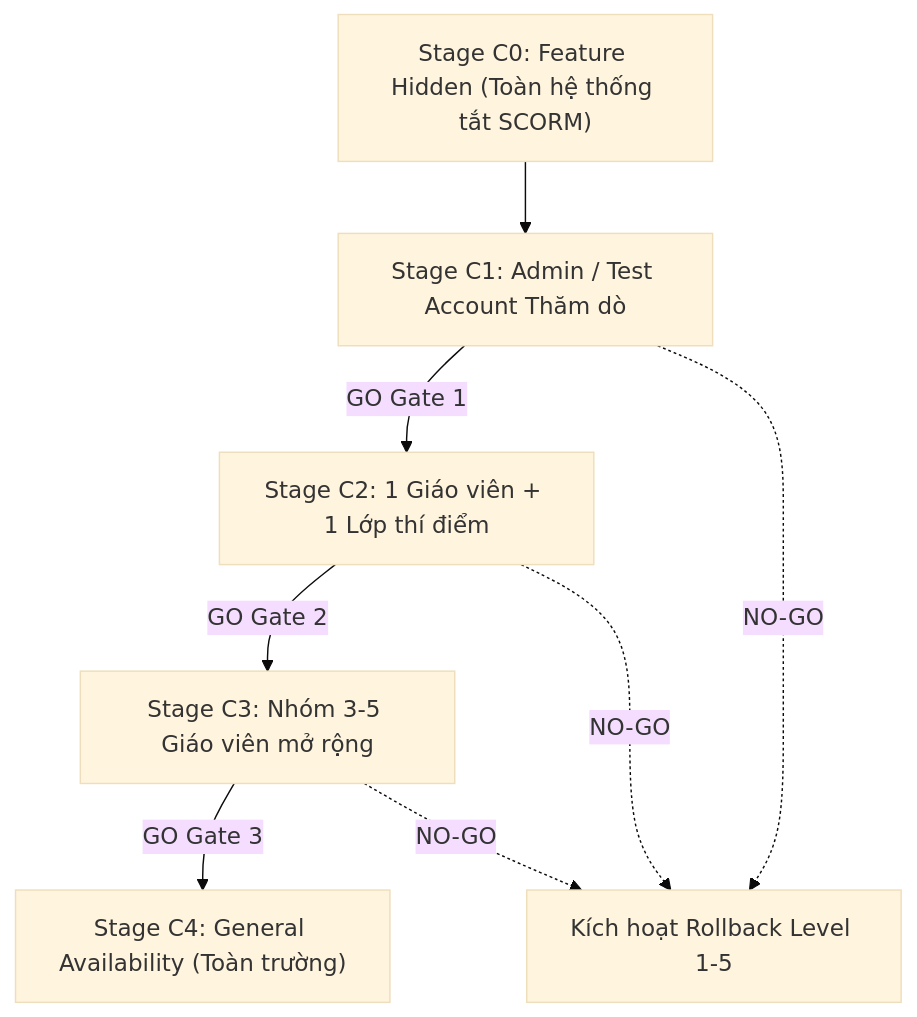
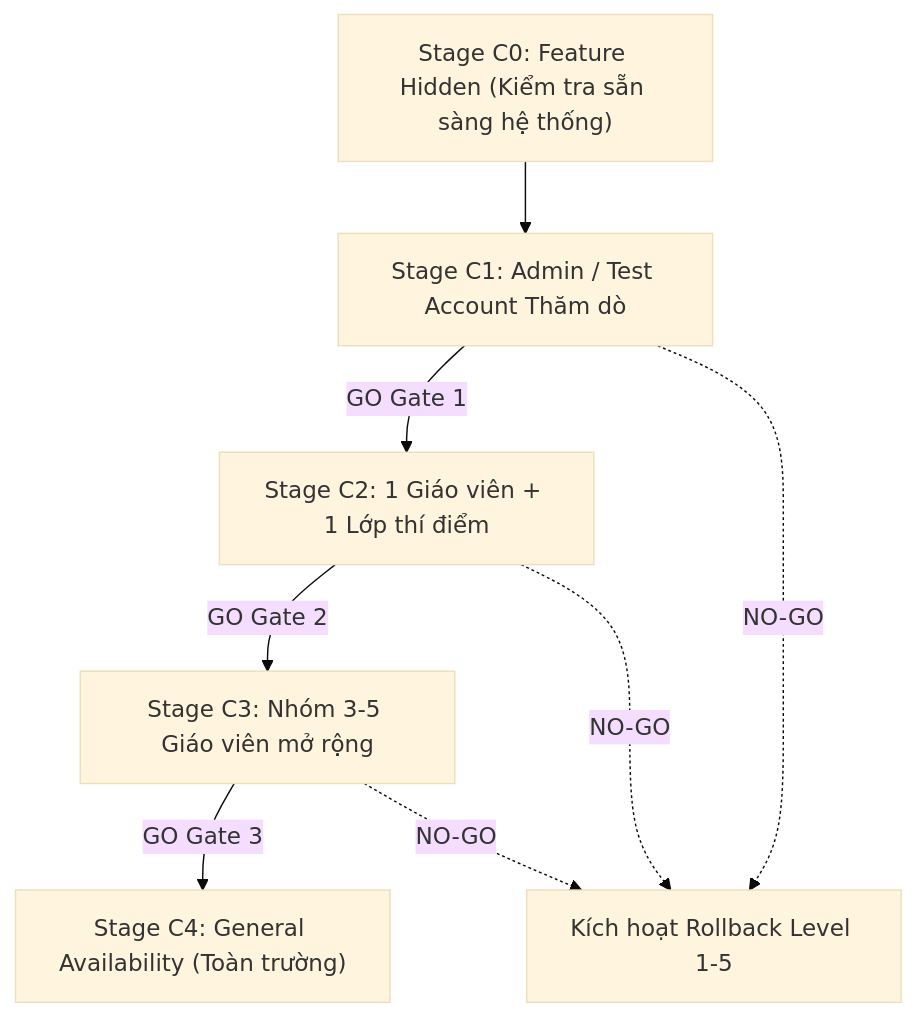
The diagram in docs/scorm-production-release-runbook.md (tranlen0411-ux/Web), drawn with Mermaid (base theme) before and after one commit. The commit also changed other lines of this file and 2 other files, not shown here.

Commit message:
fix(scorm): làm migration baseline fail-fast và cập nhật runbook PR 82

````diff
--- a/docs/scorm-production-release-runbook.md
+++ b/docs/scorm-production-release-runbook.md
@@ -26,10 +76,10 @@
 ```mermaid
 graph TD
-    C0["Stage C0: Feature Hidden (Toàn hệ thống tắt SCORM)"] --> C1["Stage C1: Admin / Test Account Thăm dò"]
+    C0["Stage C0: Feature Hidden (Kiểm tra sẵn sàng hệ thống)"] --> C1["Stage C1: Admin / Test Account Thăm dò"]
     C1 -->|GO Gate 1| C2["Stage C2: 1 Giáo viên + 1 Lớp thí điểm"]
     C2 -->|GO Gate 2| C3["Stage C3: Nhóm 3-5 Giáo viên mở rộng"]
     C3 -->|GO Gate 3| C4["Stage C4: General Availability (Toàn trường)"]
     C1 -.->|NO-GO| RB["Kích hoạt Rollback Level 1-5"]
     C2 -.->|NO-GO| RB
     C3 -.->|NO-GO| RB
 ```
````
